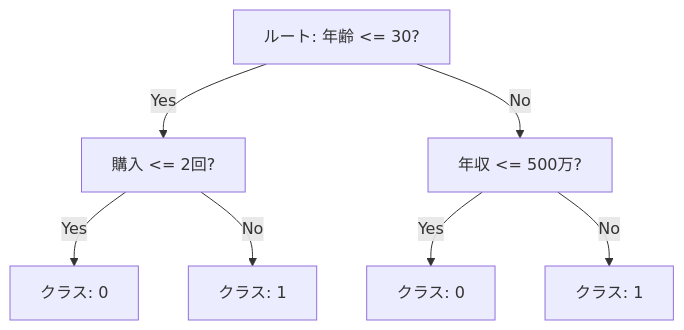
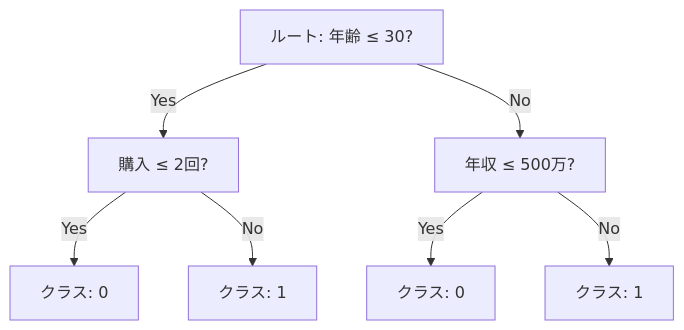
The first of 2 diagrams in projects/ml/notes/ml/random-forest/index.md (nao1215/debimate), drawn with Mermaid before and after one commit. The commit also changed 14 other files, not shown here.

First line of the commit message:
docs(ml): mermaid fixes + cross-link reinforcement (no isolated notes)

````diff
--- a/projects/ml/notes/ml/random-forest/index.md
+++ b/projects/ml/notes/ml/random-forest/index.md
@@ -19,9 +19,9 @@
 ```mermaid
 graph TD
-    X[ルート: 年齢 <= 30?] -->|Yes| Y[購入 <= 2回?]
-    X -->|No| Z[年収 <= 500万?]
-    Y -->|Yes| A[クラス: 0]
-    Y -->|No| B[クラス: 1]
-    Z -->|Yes| C[クラス: 0]
-    Z -->|No| D[クラス: 1]
+    X["ルート: 年齢 ≤ 30?"] -->|Yes| Y["購入 ≤ 2回?"]
+    X -->|No| Z["年収 ≤ 500万?"]
+    Y -->|Yes| A["クラス: 0"]
+    Y -->|No| B["クラス: 1"]
+    Z -->|Yes| C["クラス: 0"]
+    Z -->|No| D["クラス: 1"]
 ```
````
